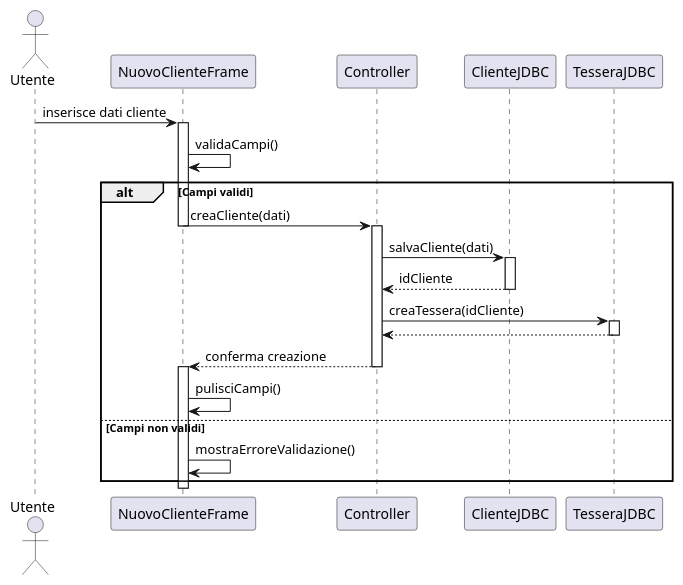
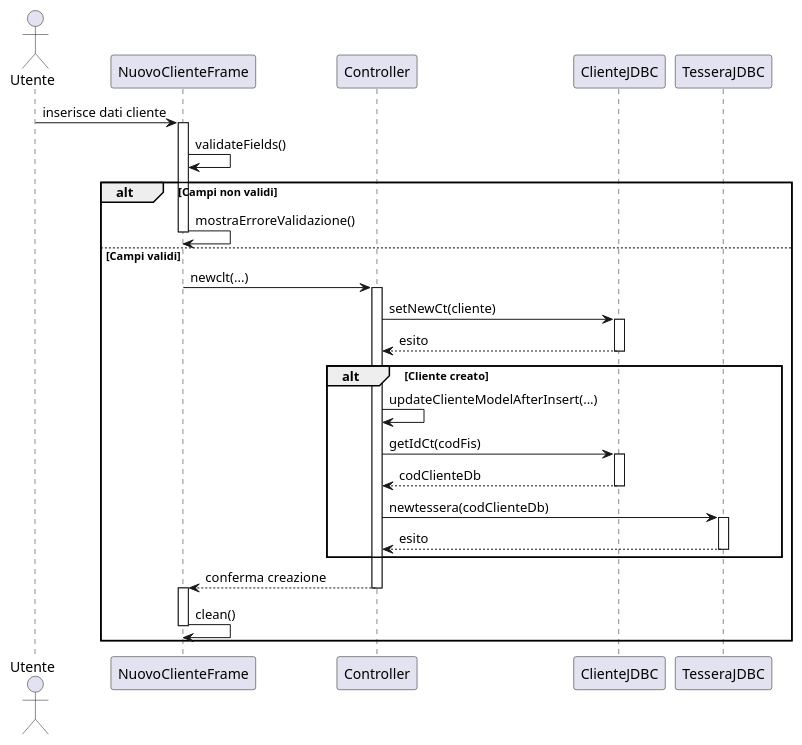
Before and after one commit to GinoPT97/UniDevPortfolio: the diagram in Progetto-OO/diagram/NuovoCliente-SD.puml, drawn with PlantUML.

Commit message:
feat: migliora il diagramma delle classi per NuovoCliente semplificando la validazione e il flusso di creazione del cliente

```diff
--- a/Progetto-OO/diagram/NuovoCliente-SD.puml
+++ b/Progetto-OO/diagram/NuovoCliente-SD.puml
@@ -1,32 +1,40 @@
 @startuml NuovoCliente-SD
 actor Utente
 participant NuovoClienteFrame
 participant Controller
 participant ClienteJDBC
 participant TesseraJDBC
 
 Utente -> NuovoClienteFrame : inserisce dati cliente
 activate NuovoClienteFrame
-NuovoClienteFrame -> NuovoClienteFrame : validaCampi()
-alt Campi validi
-    NuovoClienteFrame -> Controller : creaCliente(dati)
+NuovoClienteFrame -> NuovoClienteFrame : validateFields()
+alt Campi non validi
+    NuovoClienteFrame -> NuovoClienteFrame : mostraErroreValidazione()
+    deactivate NuovoClienteFrame
+else Campi validi
+    NuovoClienteFrame -> Controller : newclt(...)
     deactivate NuovoClienteFrame
     activate Controller
-    Controller -> ClienteJDBC : salvaCliente(dati)
+    Controller -> ClienteJDBC : setNewCt(cliente)
     activate ClienteJDBC
-    ClienteJDBC --> Controller : idCliente
+    ClienteJDBC --> Controller : esito
     deactivate ClienteJDBC
-    Controller -> TesseraJDBC : creaTessera(idCliente)
-    activate TesseraJDBC
-    TesseraJDBC --> Controller
-    deactivate TesseraJDBC
+    alt Cliente creato
+        Controller -> Controller : updateClienteModelAfterInsert(...)
+        Controller -> ClienteJDBC : getIdCt(codFis)
+        activate ClienteJDBC
+        ClienteJDBC --> Controller : codClienteDb
+        deactivate ClienteJDBC
+        Controller -> TesseraJDBC : newtessera(codClienteDb)
+        activate TesseraJDBC
+        TesseraJDBC --> Controller : esito
+        deactivate TesseraJDBC
+    end
     Controller --> NuovoClienteFrame : conferma creazione
     deactivate Controller
     activate NuovoClienteFrame
-    NuovoClienteFrame -> NuovoClienteFrame : pulisciCampi()
-else Campi non validi
-    NuovoClienteFrame -> NuovoClienteFrame : mostraErroreValidazione()
+    NuovoClienteFrame -> NuovoClienteFrame : clean()
+    deactivate NuovoClienteFrame
 end
-deactivate NuovoClienteFrame
 
 @enduml
```
